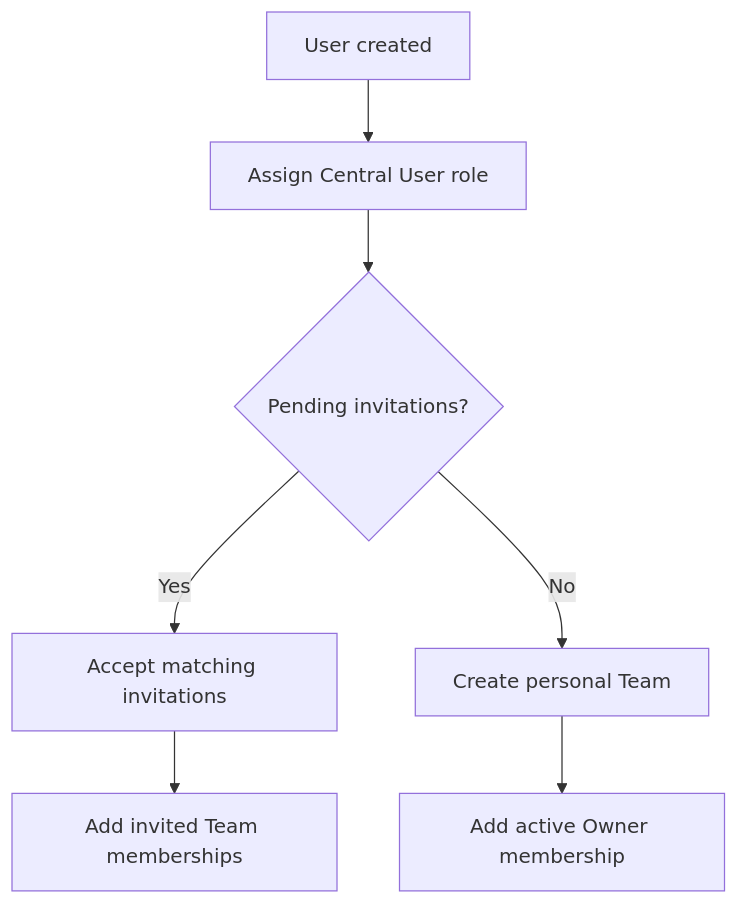
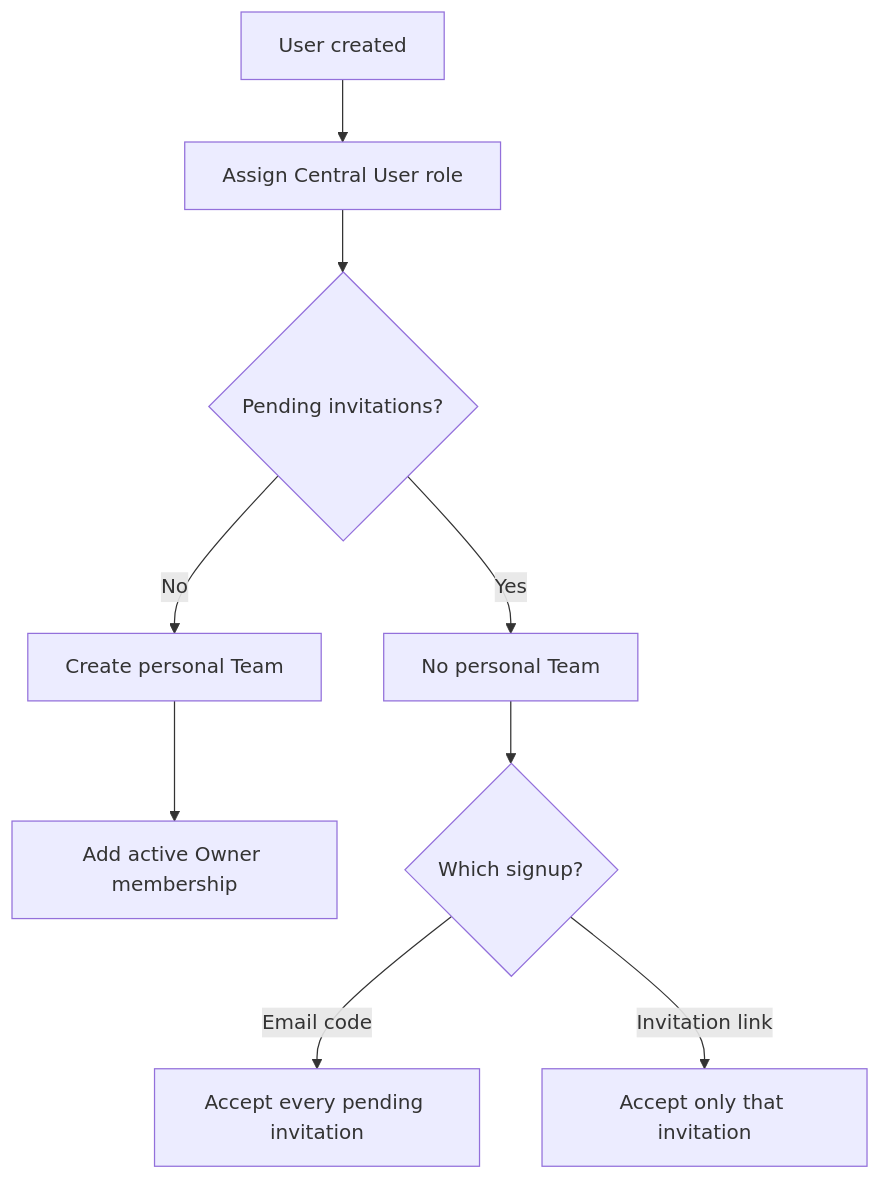
The third of 3 diagrams in spec/IAM.md (frappe/central), drawn with Mermaid before and after one commit. The commit also changed other lines of this file and 5 other files, not shown here.

First line of the commit message:
fix(invitations): accept only the invitation in the link and refresh tokens on resend

````diff
--- a/spec/IAM.md
+++ b/spec/IAM.md
@@ -81,9 +81,11 @@
 ```mermaid
 flowchart TD
     U[User created] --> R[Assign Central User role]
     R --> P{Pending invitations?}
-    P -->|Yes| A[Accept matching invitations]
-    A --> IM[Add invited Team memberships]
+    P -->|Yes| S[No personal Team]
     P -->|No| PT[Create personal Team]
     PT --> OM[Add active Owner membership]
+    S --> V{Which signup?}
+    V -->|Email code| A[Accept every pending invitation]
+    V -->|Invitation link| ONE[Accept only that invitation]
 ```
````
